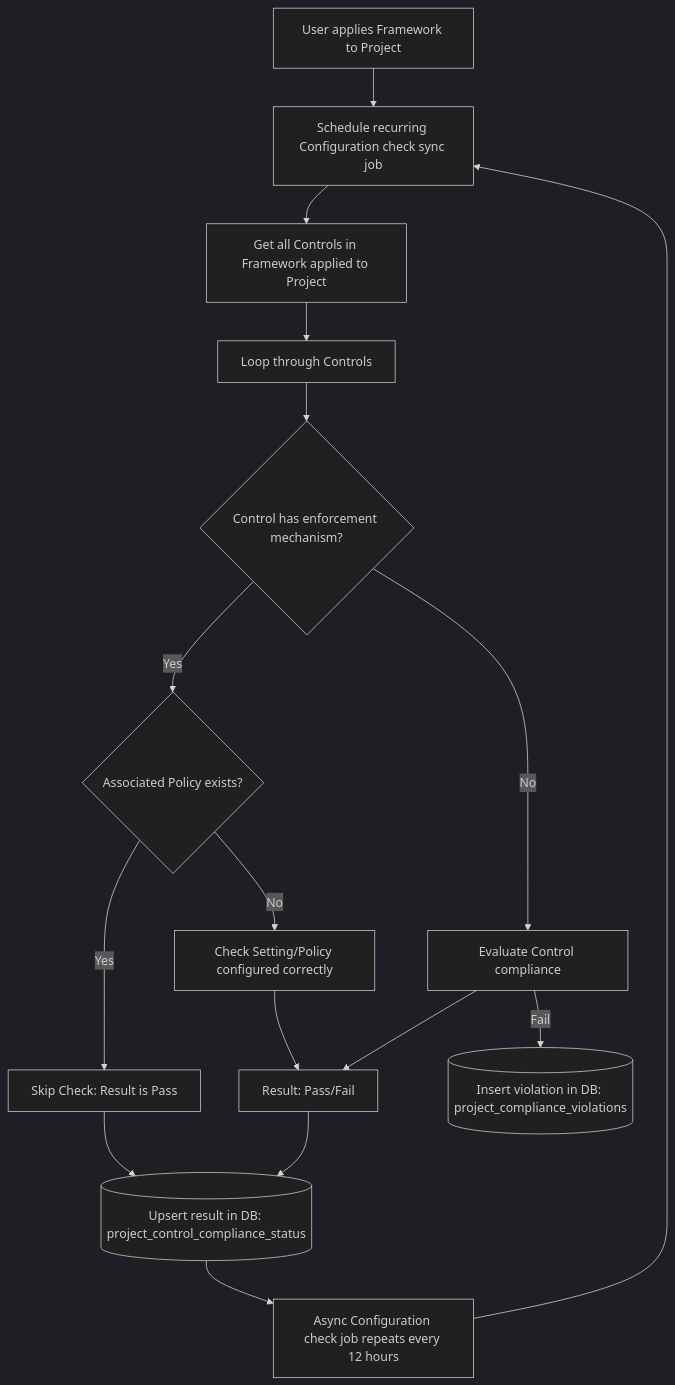
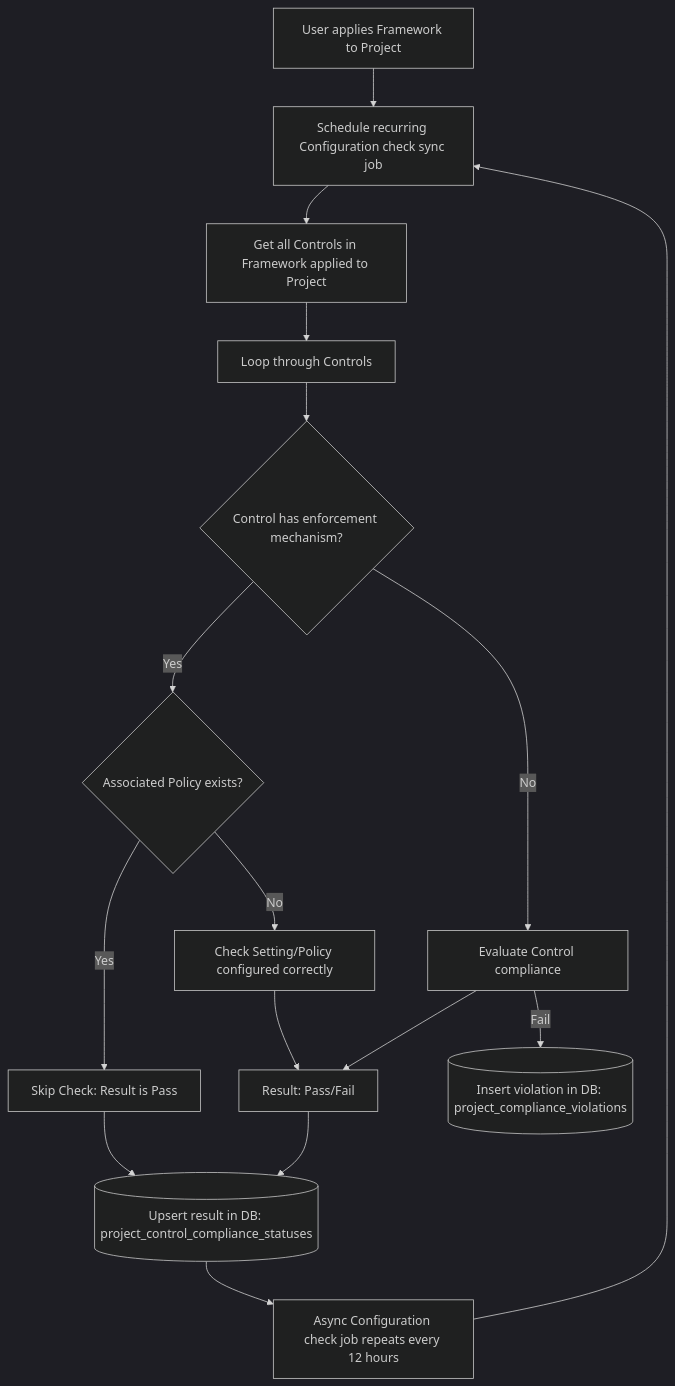
Before and after one commit to zalyoung/gitlab-handbook: the third of 4 diagrams in content/handbook/engineering/architecture/design-documents/compliance-adherence-reporting/_index.md, drawn with Mermaid (dark theme). The commit also changed other lines of this file and 1 other file, not shown here.

Commit message:
Update ADR 006 for storing compliance controls in separate table

````diff
--- a/content/handbook/engineering/architecture/design-documents/compliance-adherence-reporting/_index.md
+++ b/content/handbook/engineering/architecture/design-documents/compliance-adherence-reporting/_index.md
@@ -293,21 +293,21 @@
 ```mermaid
 flowchart TD
     %% Async Job Trigger
     F[User applies Framework to Project] --> G[Schedule recurring Configuration check sync job]
     G --> H[Get all Controls in Framework applied to Project]
     H --> I[Loop through Controls]
     I --> J{Control has enforcement mechanism?}
     J -- Yes --> K{Associated Policy exists?}
     K -- Yes --> L[Skip Check: Result is Pass]
     K -- No --> M[Check Setting/Policy configured correctly]
     J -- No --> N[Evaluate Control compliance]
 
     M --> O[Result: Pass/Fail]
     N --> O
-    O --> Q[Upsert result in DB: project_control_compliance_status]@{ shape: cyl }
+    O --> Q[Upsert result in DB: project_control_compliance_statuses]@{ shape: cyl }
     L --> Q
     N -- Fail --> S[Insert violation in DB: project_compliance_violations]@{ shape: cyl }
 
     Q --> T[Async Configuration check job repeats every 12 hours]
     T --> G
 ```
````
